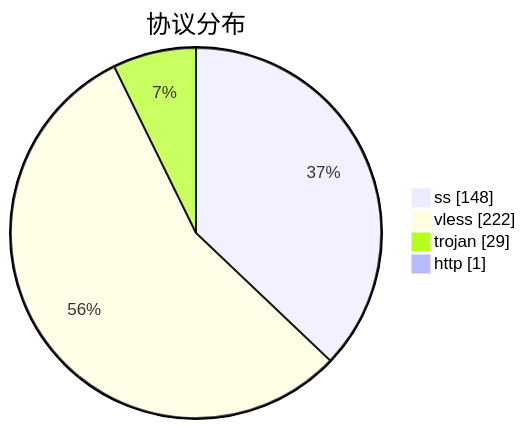
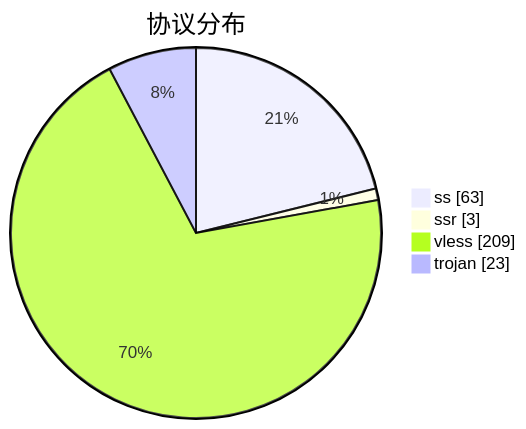
One commit to qjlxg/airport changed the third of 3 diagrams in subs/statistics/tested_within.md. Above: the diagram before and after it, drawn with Mermaid. The commit also changed other lines of this file and 2 other files, not shown here.

````diff
--- a/subs/statistics/tested_within.md
+++ b/subs/statistics/tested_within.md
@@ -32,8 +32,8 @@
 ```mermaid
 pie showData
 title 协议分布
-"ss" : 148
-"vless" : 222
-"trojan" : 29
-"http" : 1
+"ss" : 63
+"ssr" : 3
+"vless" : 209
+"trojan" : 23
 ```
````
